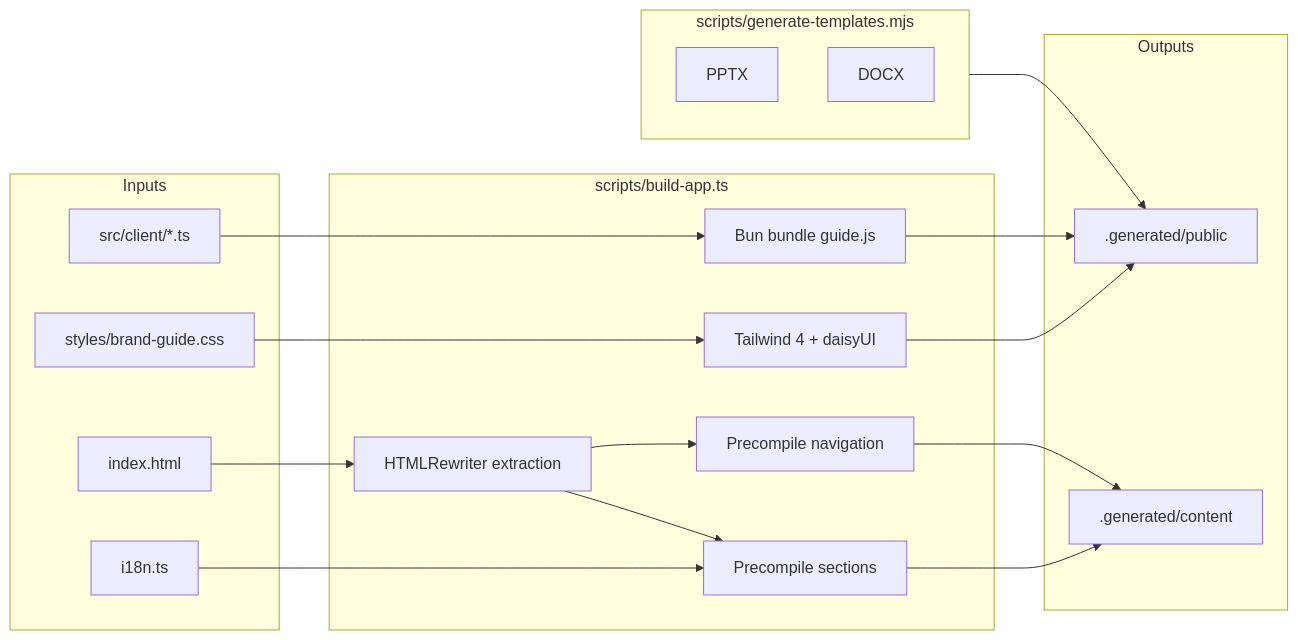
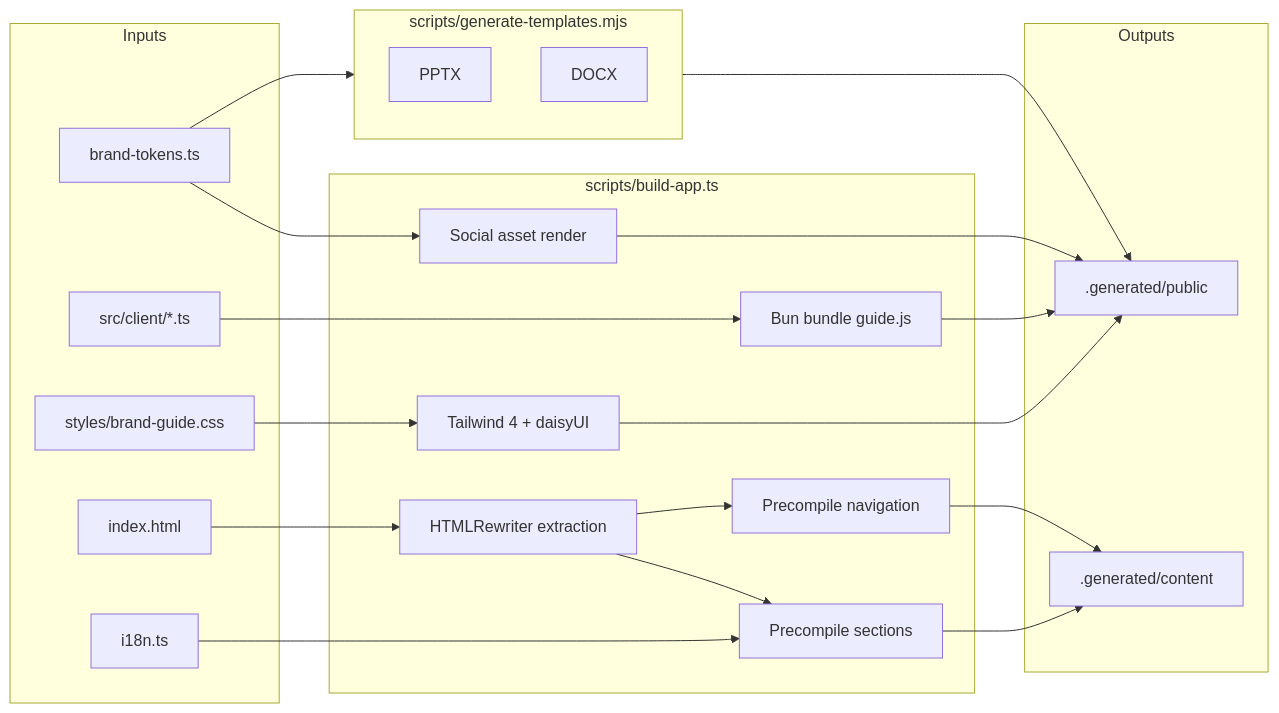
The second of 3 diagrams in README.md (d4551/vertu-brand), drawn with Mermaid before and after one commit. The commit also changed other lines of this file and 48 other files, not shown here.

````diff
--- a/README.md
+++ b/README.md
@@ -67,39 +68,44 @@
 ```mermaid
 flowchart LR
   subgraph Inputs["Inputs"]
     Index[index.html]
     CSS[styles/brand-guide.css]
     ClientTS[src/client/*.ts]
     I18n[i18n.ts]
+    Tokens[brand-tokens.ts]
   end
 
   subgraph Build["scripts/build-app.ts"]
     Rewriter[HTMLRewriter extraction]
     Tailwind[Tailwind 4 + daisyUI]
     Bundle[Bun bundle guide.js]
     Sections[Precompile sections]
     Nav[Precompile navigation]
+    Social[Social asset render]
   end
 
   subgraph Templates["scripts/generate-templates.mjs"]
     PPTX[PPTX]
     DOCX[DOCX]
   end
 
   subgraph Outputs["Outputs"]
     GenPublic[.generated/public]
     GenContent[.generated/content]
   end
 
   Index --> Rewriter
   CSS --> Tailwind
   ClientTS --> Bundle
   I18n --> Sections
+  Tokens --> Social
+  Tokens --> Templates
   Rewriter --> Sections
   Rewriter --> Nav
   Tailwind --> GenPublic
   Bundle --> GenPublic
+  Social --> GenPublic
   Sections --> GenContent
   Nav --> GenContent
   Templates --> GenPublic
 ```
````
